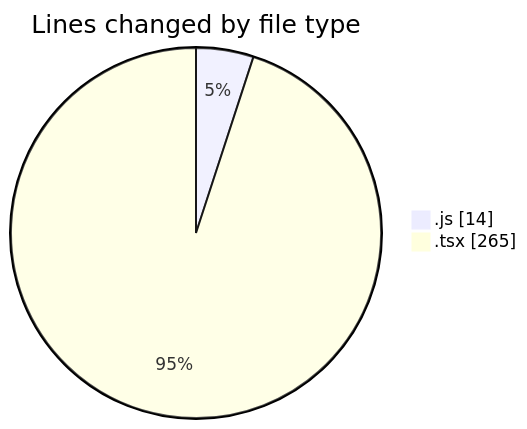
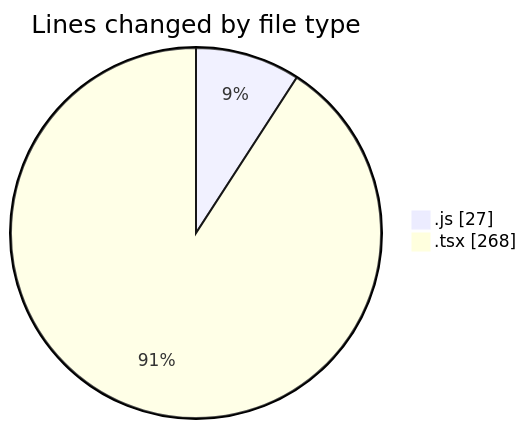
One commit to Ritupan-Deka/code-tracking changed the first of 2 diagrams in 2025-05-22/___base/README.md. Above: the diagram before and after it, drawn with Mermaid. The commit also changed other lines of this file and 1 other file, not shown here.

````diff
--- a/2025-05-22/___base/README.md
+++ b/2025-05-22/___base/README.md
@@ -22,6 +22,6 @@
 ```mermaid
 pie showData
 title Lines changed by file type
-".js" : 14
-".tsx" : 265
+".js" : 27
+".tsx" : 268
 ```
````
